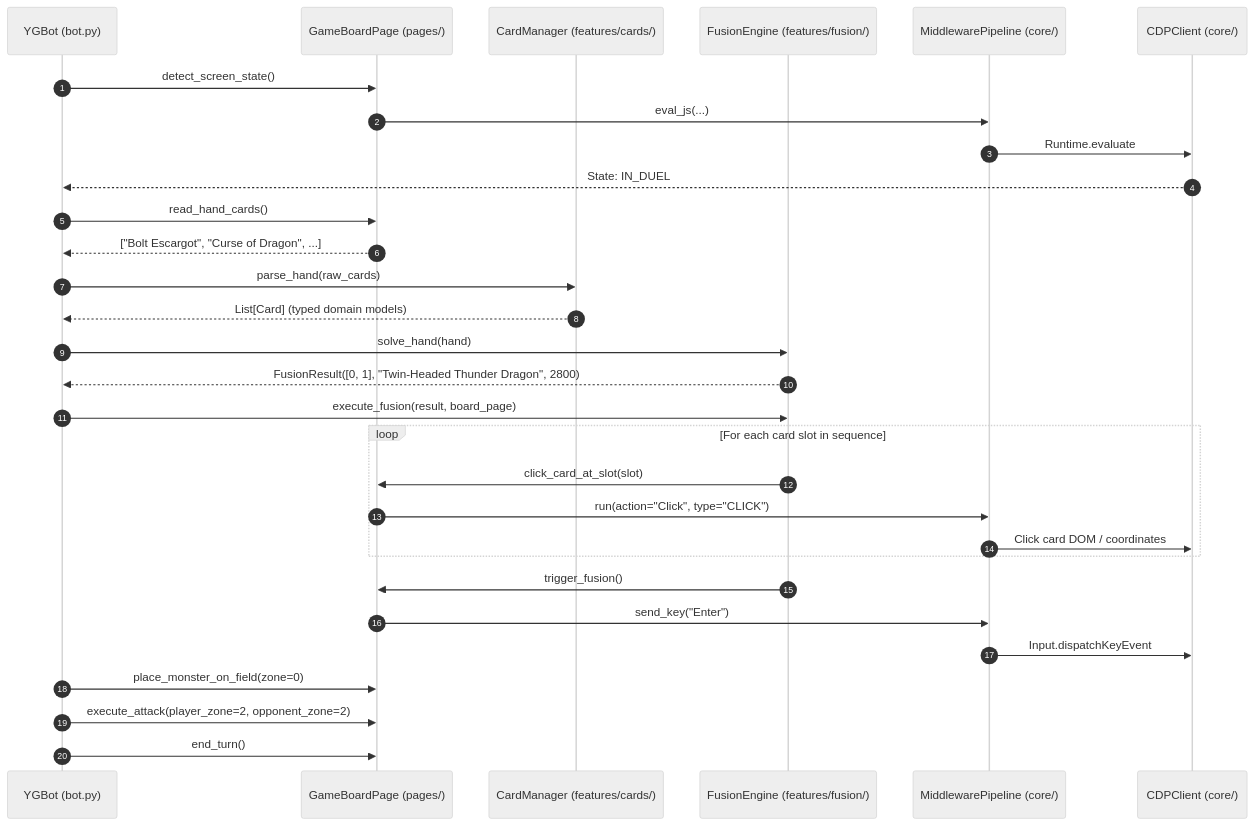
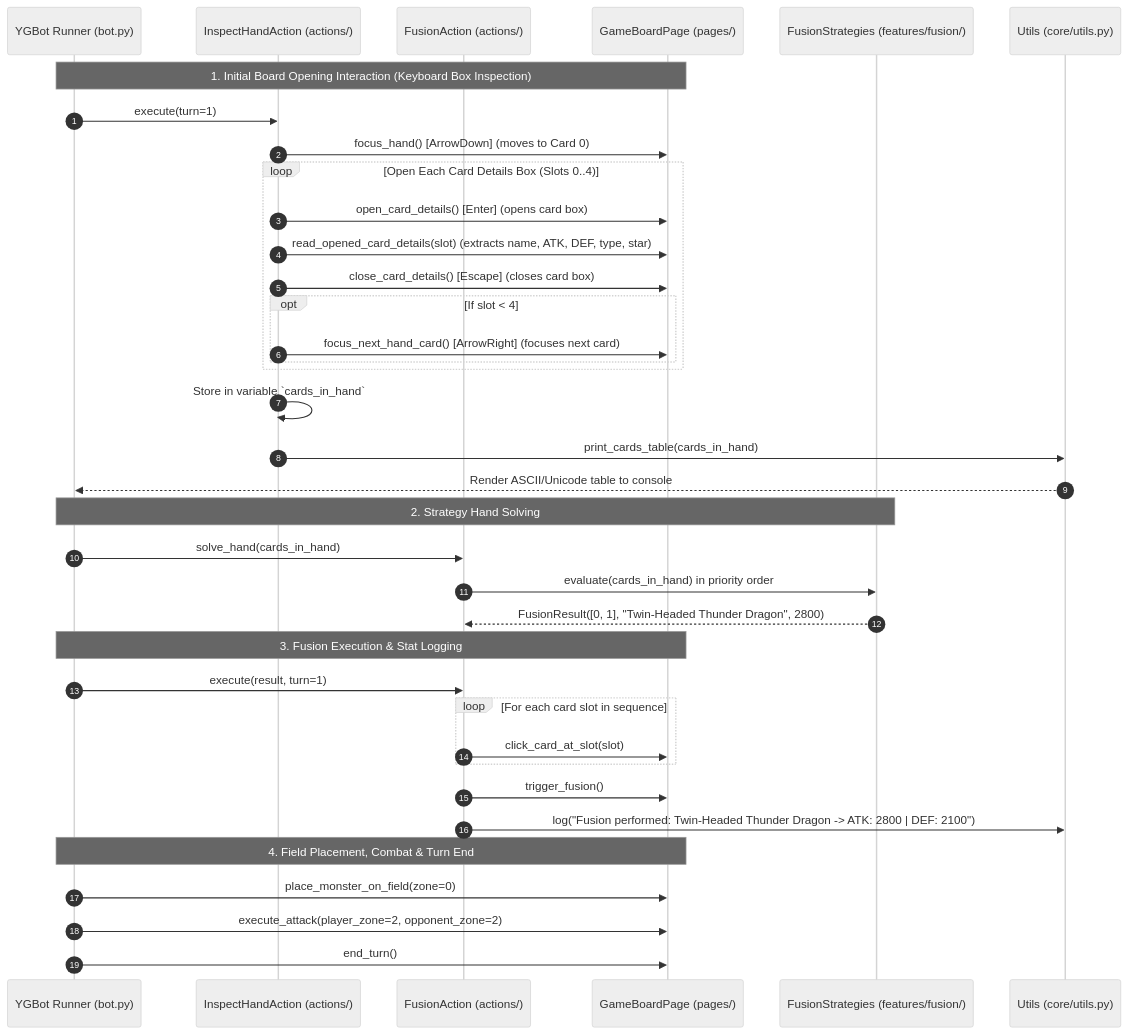
One commit to paulowinw/ygofm_bot changed the second of 2 diagrams in CODE_ARCHITECTURE.md. Above: the diagram before and after it, drawn with Mermaid (neutral theme). The commit also changed other lines of this file and 70 other files, not shown here.

````diff
--- a/CODE_ARCHITECTURE.md
+++ b/CODE_ARCHITECTURE.md
@@ -108,37 +158,43 @@
 ```mermaid
 sequenceDiagram
     autonumber
-    participant Bot as YGBot (bot.py)
+    participant Bot as YGBot Runner (bot.py)
+    participant Inspect as InspectHandAction (actions/)
+    participant Fusion as FusionAction (actions/)
     participant Page as GameBoardPage (pages/)
-    participant CardMgr as CardManager (features/cards/)
-    participant Engine as FusionEngine (features/fusion/)
-    participant Pipe as MiddlewarePipeline (core/)
-    participant CDP as CDPClient (core/)
+    participant Strats as FusionStrategies (features/fusion/)
+    participant Utils as Utils (core/utils.py)
 
-    Bot->>Page: detect_screen_state()
-    Page->>Pipe: eval_js(...)
-    Pipe->>CDP: Runtime.evaluate
-    CDP-->>Bot: State: IN_DUEL
+    Note over Bot, Page: 1. Initial Board Opening Interaction (Keyboard Box Inspection)
+    Bot->>Inspect: execute(turn=1)
+    Inspect->>Page: focus_hand() [ArrowDown] (moves to Card 0)
+    loop Open Each Card Details Box (Slots 0..4)
+        Inspect->>Page: open_card_details() [Enter] (opens card box)
+        Inspect->>Page: read_opened_card_details(slot) (extracts name, ATK, DEF, type, star)
+        Inspect->>Page: close_card_details() [Escape] (closes card box)
+        opt If slot < 4
+            Inspect->>Page: focus_next_hand_card() [ArrowRight] (focuses next card)
+        end
+    end
+    Inspect->>Inspect: Store in variable `cards_in_hand`
+    Inspect->>Utils: print_cards_table(cards_in_hand)
+    Utils-->>Bot: Render ASCII/Unicode table to console
 
-    Bot->>Page: read_hand_cards()
-    Page-->>Bot: ["Bolt Escargot", "Curse of Dragon", ...]
-    Bot->>CardMgr: parse_hand(raw_cards)
-    CardMgr-->>Bot: List[Card] (typed domain models)
+    Note over Bot, Strats: 2. Strategy Hand Solving
+    Bot->>Fusion: solve_hand(cards_in_hand)
+    Fusion->>Strats: evaluate(cards_in_hand) in priority order
+    Strats-->>Fusion: FusionResult([0, 1], "Twin-Headed Thunder Dragon", 2800)
 
-    Bot->>Engine: solve_hand(hand)
-    Engine-->>Bot: FusionResult([0, 1], "Twin-Headed Thunder Dragon", 2800)
+    Note over Bot, Page: 3. Fusion Execution & Stat Logging
+    Bot->>Fusion: execute(result, turn=1)
+    loop For each card slot in sequence
+        Fusion->>Page: click_card_at_slot(slot)
+    end
+    Fusion->>Page: trigger_fusion()
+    Fusion->>Utils: log("Fusion performed: Twin-Headed Thunder Dragon -> ATK: 2800 | DEF: 2100")
 
-    Bot->>Engine: execute_fusion(result, board_page)
-    loop For each card slot in sequence
-        Engine->>Page: click_card_at_slot(slot)
-        Page->>Pipe: run(action="Click", type="CLICK")
-        Pipe->>CDP: Click card DOM / coordinates
-    end
-    Engine->>Page: trigger_fusion()
-    Page->>Pipe: send_key("Enter")
-    Pipe->>CDP: Input.dispatchKeyEvent
-
+    Note over Bot, Page: 4. Field Placement, Combat & Turn End
     Bot->>Page: place_monster_on_field(zone=0)
     Bot->>Page: execute_attack(player_zone=2, opponent_zone=2)
     Bot->>Page: end_turn()
 ```
````
